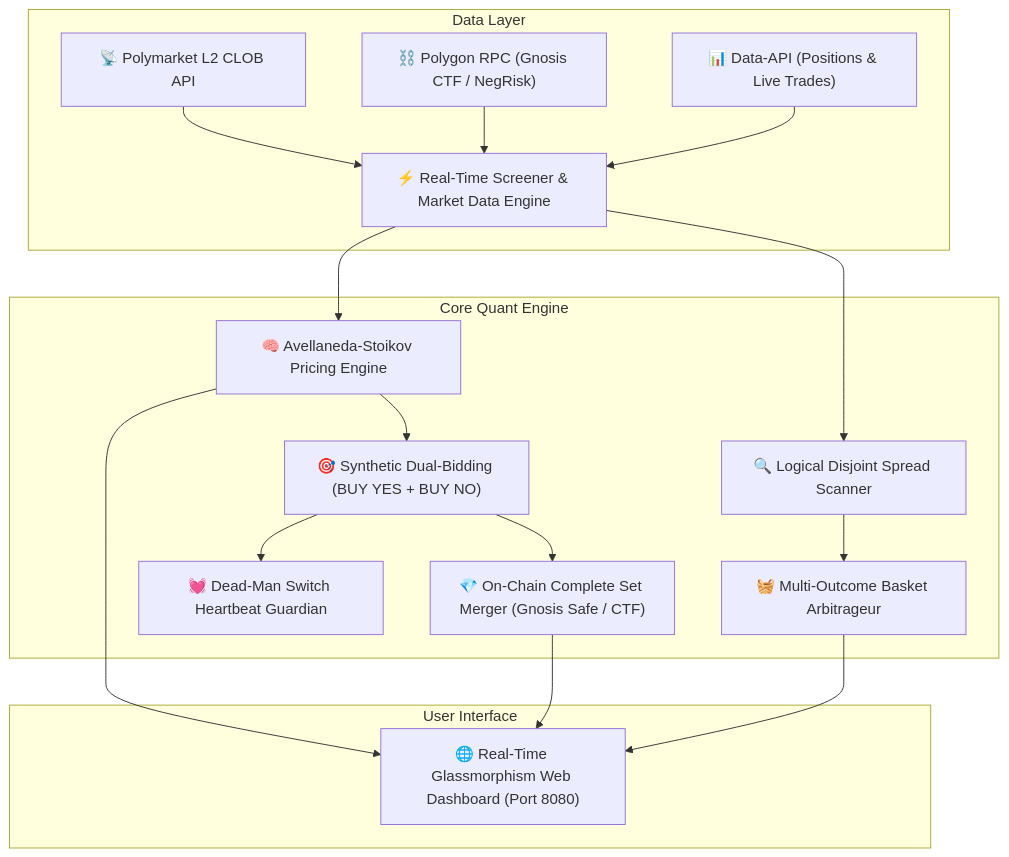
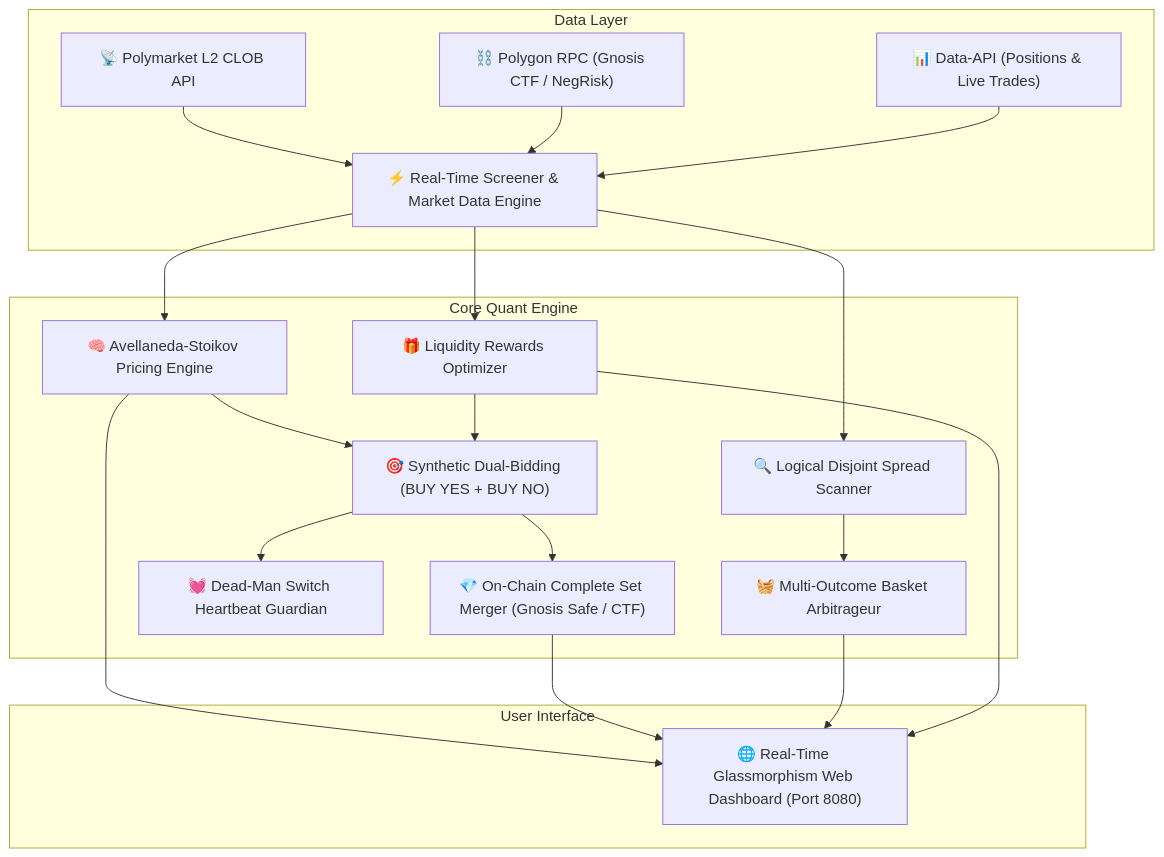
One commit to themeig/PolyMarket_bot changed the diagram in README.md. Above: the diagram before and after it, drawn with Mermaid. The commit also changed other lines of this file, not shown here.

Commit message:
docs: fix KaTeX math syntax errors, divide into simple and quant explanations highlighting liquidity rewards

````diff
--- a/README.md
+++ b/README.md
@@ -30,23 +142,26 @@
 ```mermaid
 flowchart TD
     subgraph Data Layer
         A["📡 Polymarket L2 CLOB API"] --> E["⚡ Real-Time Screener & Market Data Engine"]
         B["⛓️ Polygon RPC (Gnosis CTF / NegRisk)"] --> E
         C["📊 Data-API (Positions & Live Trades)"] --> E
     end
 
     subgraph Core Quant Engine
         E --> F["🧠 Avellaneda-Stoikov Pricing Engine"]
         E --> G["🔍 Logical Disjoint Spread Scanner"]
+        E --> M["🎁 Liquidity Rewards Optimizer"]
         F --> H["🎯 Synthetic Dual-Bidding (BUY YES + BUY NO)"]
         G --> I["🧺 Multi-Outcome Basket Arbitrageur"]
+        M --> H
         H --> J["💓 Dead-Man Switch Heartbeat Guardian"]
         H --> K["💎 On-Chain Complete Set Merger (Gnosis Safe / CTF)"]
     end
 
     subgraph User Interface
         F --> L["🌐 Real-Time Glassmorphism Web Dashboard (Port 8080)"]
         K --> L
         I --> L
+        M --> L
     end
 ```
````
